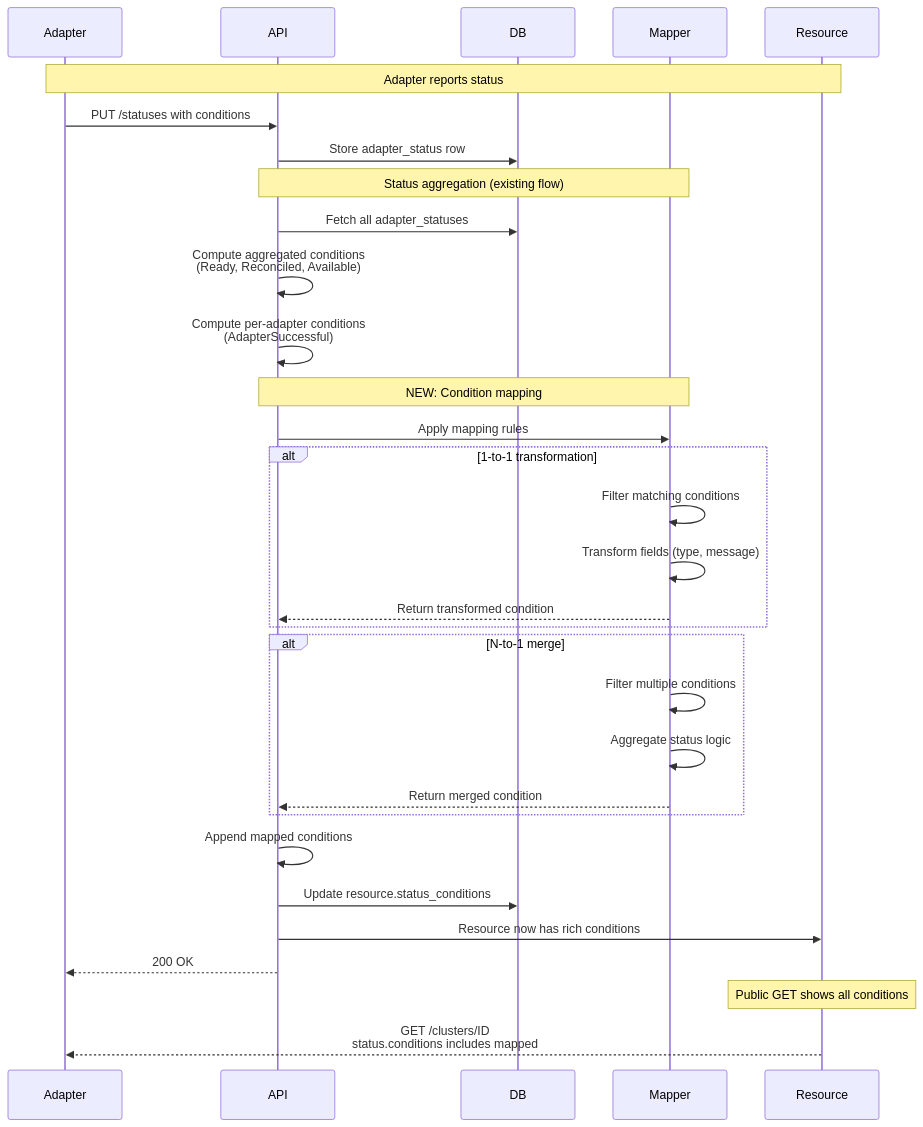
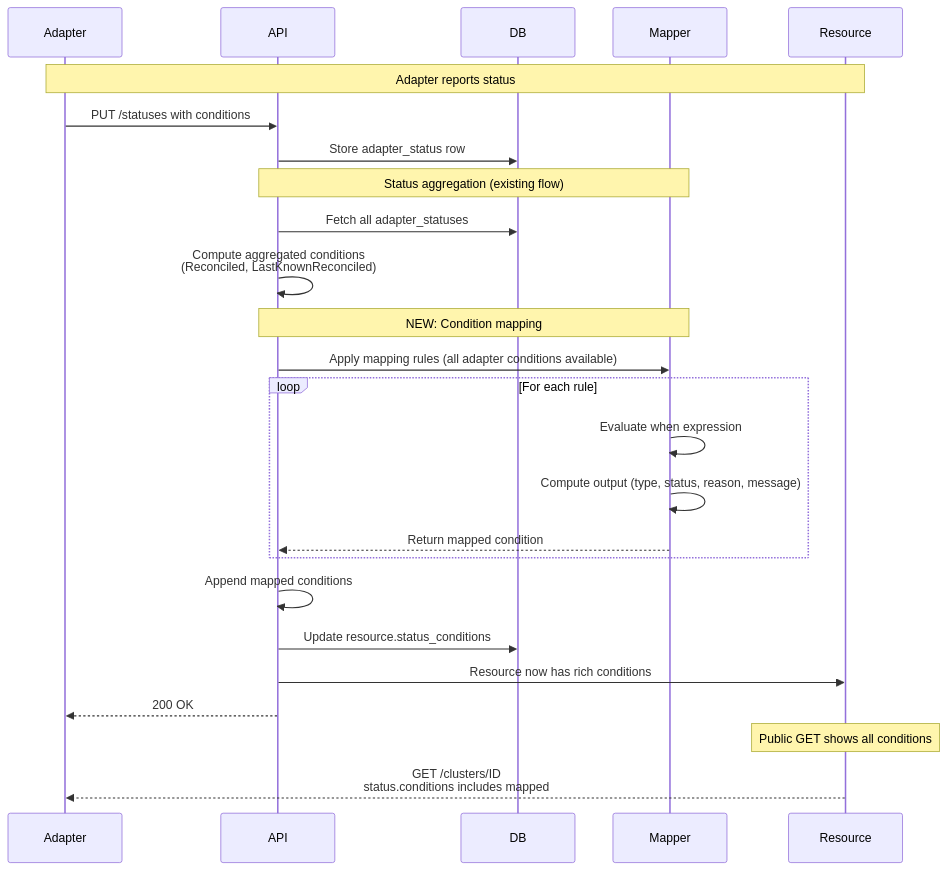
The second of 2 diagrams in hyperfleet/components/api-service/condition-mapping-design.md (rh-amarin/hyperfleet-architecture), drawn with Mermaid before and after one commit. The commit also changed other lines of this file and 1 other file, not shown here.

Commit message:
HYPERFLEET-907 - docs: apply review feedback

````diff
--- a/hyperfleet/components/api-service/condition-mapping-design.md
+++ b/hyperfleet/components/api-service/condition-mapping-design.md
@@ -90,40 +84,33 @@
 ```mermaid
 sequenceDiagram
     participant Adapter
     participant API
     participant DB
     participant Mapper
     participant Resource
     
     Note over Adapter,Resource: Adapter reports status
     Adapter->>API: PUT /statuses with conditions
     API->>DB: Store adapter_status row
     
     Note over API,Mapper: Status aggregation (existing flow)
     API->>DB: Fetch all adapter_statuses
-    API->>API: Compute aggregated conditions<br/>(Ready, Reconciled, Available)
-    API->>API: Compute per-adapter conditions<br/>(AdapterSuccessful)
+    API->>API: Compute aggregated conditions<br/>(Reconciled, LastKnownReconciled)
     
     Note over API,Mapper: NEW: Condition mapping
-    API->>Mapper: Apply mapping rules
+    API->>Mapper: Apply mapping rules (all adapter conditions available)
     
-    alt 1-to-1 transformation
-        Mapper->>Mapper: Filter matching conditions
-        Mapper->>Mapper: Transform fields (type, message)
-        Mapper-->>API: Return transformed condition
-    end
-    
-    alt N-to-1 merge
-        Mapper->>Mapper: Filter multiple conditions
-        Mapper->>Mapper: Aggregate status logic
-        Mapper-->>API: Return merged condition
+    loop For each rule
+        Mapper->>Mapper: Evaluate when expression
+        Mapper->>Mapper: Compute output (type, status, reason, message)
+        Mapper-->>API: Return mapped condition
     end
     
     API->>API: Append mapped conditions
     API->>DB: Update resource.status_conditions
     API->>Resource: Resource now has rich conditions
     API-->>Adapter: 200 OK
     
     Note over Resource: Public GET shows all conditions
     Resource-->>Adapter: GET /clusters/ID<br/>status.conditions includes mapped
 ```
````
